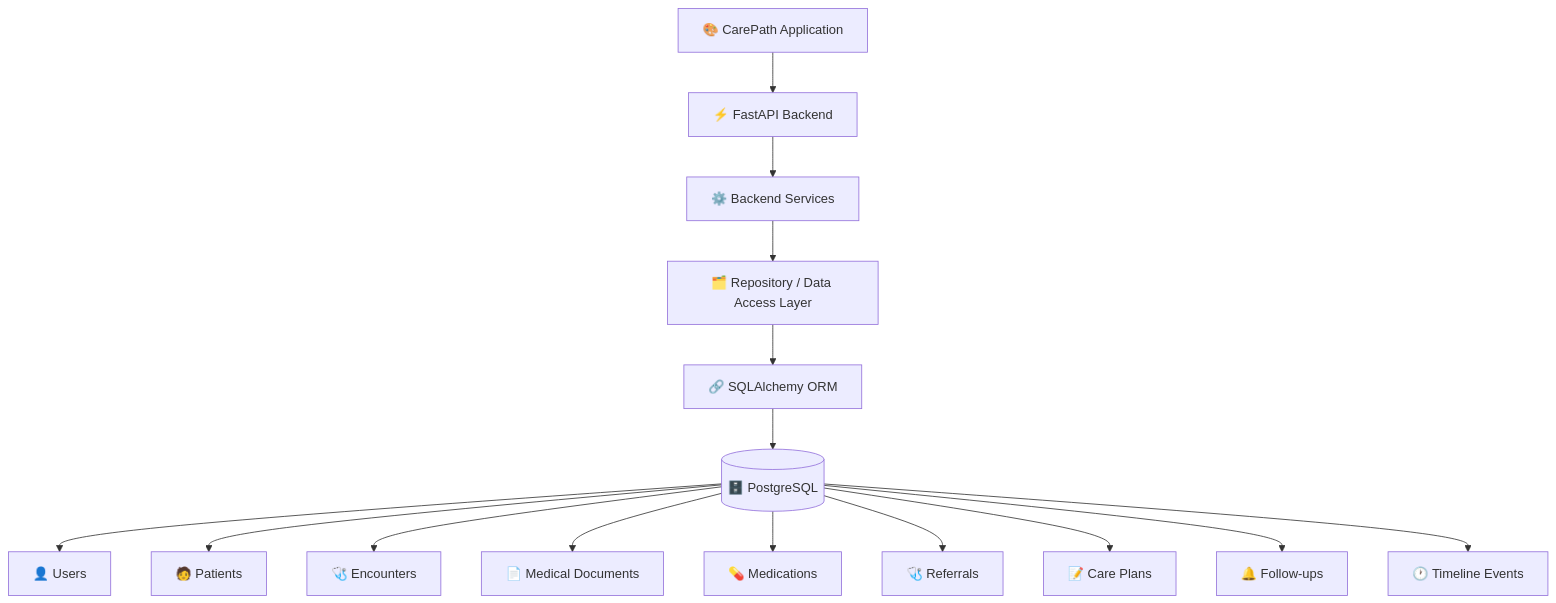
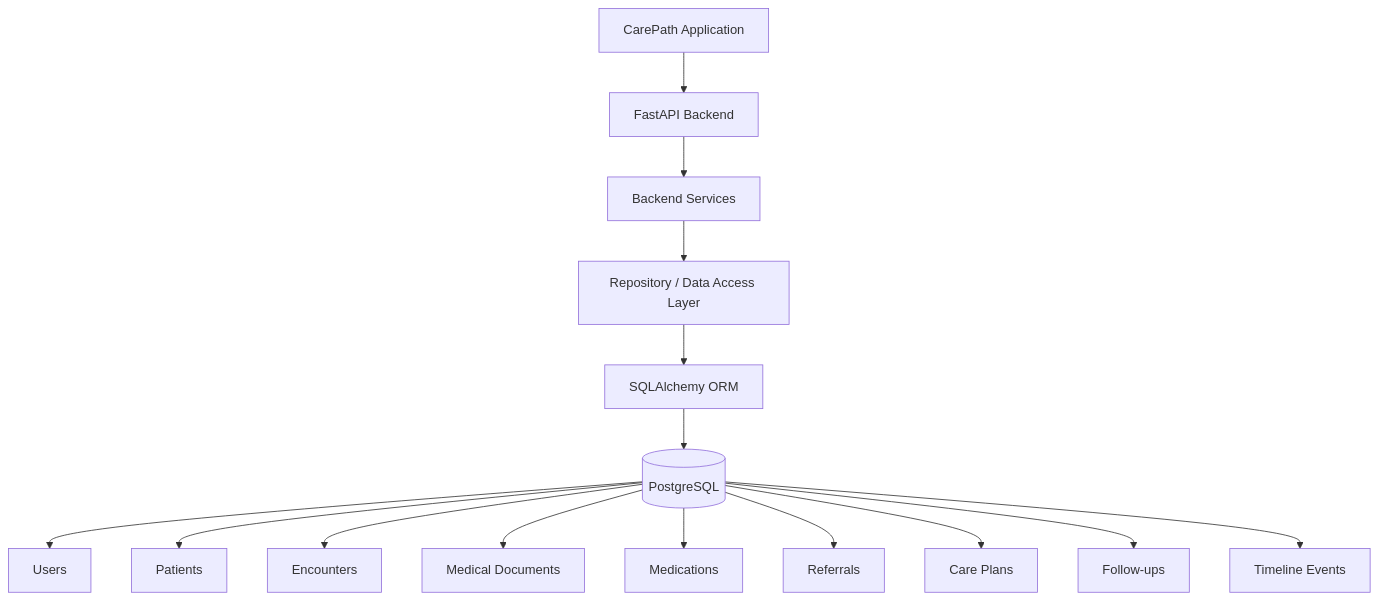
The eighth of 16 diagrams in README.md (IlIGODIlI/CarePath-AI), drawn with Mermaid before and after one commit. The commit also changed other lines of this file, not shown here.

````diff
--- a/README.md
+++ b/README.md
@@ -708,53 +634,53 @@
 ```mermaid
 flowchart TD
 
-    APP["🎨 CarePath Application"]
+ APP["CarePath Application"]
 
-    API["⚡ FastAPI Backend"]
+ API["FastAPI Backend"]
 
-    SERVICES["⚙️ Backend Services"]
+ SERVICES["Backend Services"]
 
-    REPOSITORY["🗂️ Repository / Data Access Layer"]
+ REPOSITORY["Repository / Data Access Layer"]
 
-    ORM["🔗 SQLAlchemy ORM"]
+ ORM["SQLAlchemy ORM"]
 
-    DB[("🗄️ PostgreSQL")]
+ DB[("PostgreSQL")]
 
-    USER["👤 Users"]
+ USER["Users"]
 
-    PATIENT["🧑 Patients"]
+ PATIENT["Patients"]
 
-    ENCOUNTER["🩺 Encounters"]
+ ENCOUNTER["Encounters"]
 
-    DOCUMENT["📄 Medical Documents"]
+ DOCUMENT["Medical Documents"]
 
-    MEDICATION["💊 Medications"]
+ MEDICATION["Medications"]
 
-    REFERRAL["🩺 Referrals"]
+ REFERRAL["Referrals"]
 
-    CAREPLAN["📝 Care Plans"]
+ CAREPLAN["Care Plans"]
 
-    FOLLOWUP["🔔 Follow-ups"]
+ FOLLOWUP["Follow-ups"]
 
-    TIMELINE["🕐 Timeline Events"]
+ TIMELINE["Timeline Events"]
 
-    APP --> API
+ APP --> API
 
-    API --> SERVICES
+ API --> SERVICES
 
-    SERVICES --> REPOSITORY
+ SERVICES --> REPOSITORY
 
-    REPOSITORY --> ORM
+ REPOSITORY --> ORM
 
-    ORM --> DB
+ ORM --> DB
 
-    DB --> USER
-    DB --> PATIENT
-    DB --> ENCOUNTER
-    DB --> DOCUMENT
-    DB --> MEDICATION
-    DB --> REFERRAL
-    DB --> CAREPLAN
-    DB --> FOLLOWUP
-    DB --> TIMELINE
+ DB --> USER
+ DB --> PATIENT
+ DB --> ENCOUNTER
+ DB --> DOCUMENT
+ DB --> MEDICATION
+ DB --> REFERRAL
+ DB --> CAREPLAN
+ DB --> FOLLOWUP
+ DB --> TIMELINE
 ```
````
